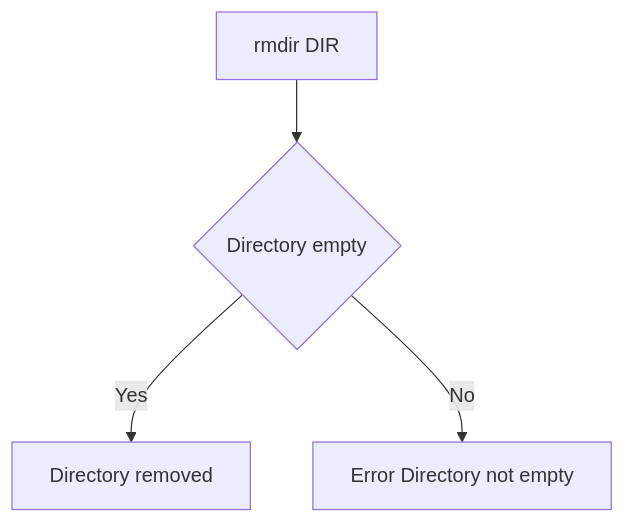
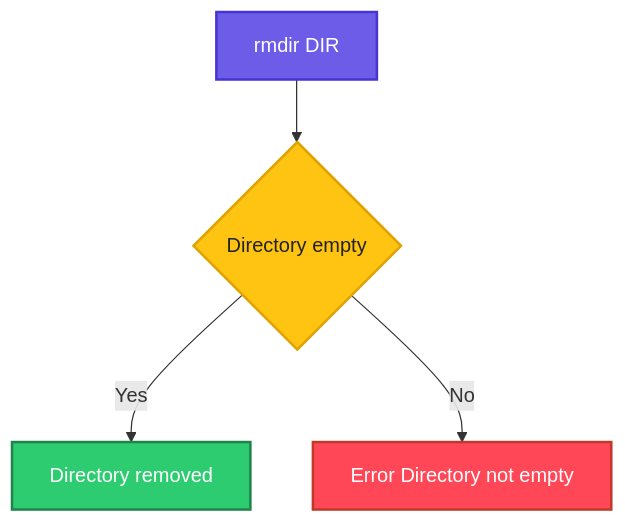
One commit to codeKerdosTech/DevOps-Documentation changed the diagram in linux/file-management/rmdir.md. Above: the diagram before and after it, drawn with Mermaid. The commit also changed 16 other files, not shown here.

````diff
--- a/linux/file-management/rmdir.md
+++ b/linux/file-management/rmdir.md
@@ -14,6 +14,17 @@
 ```mermaid
 flowchart TD
     A[rmdir DIR] --> B{Directory empty}
     B -->|Yes| C[Directory removed]
     B -->|No| D[Error Directory not empty]
+    classDef start fill:#6C5CE7,stroke:#4834D4,stroke-width:2px,color:#fff
+    classDef proc fill:#00B8D9,stroke:#0087A8,stroke-width:2px,color:#fff
+    classDef dec fill:#FFC312,stroke:#E1A100,stroke-width:2px,color:#222
+    classDef ok fill:#2ECC71,stroke:#1E8449,stroke-width:2px,color:#fff
+    classDef err fill:#FF4757,stroke:#C0392B,stroke-width:2px,color:#fff
+    classDef out fill:#FD79A8,stroke:#E84393,stroke-width:2px,color:#fff
+    classDef alt fill:#FF9F43,stroke:#E67E22,stroke-width:2px,color:#fff
+    class A start
+    class B dec
+    class C ok
+    class D err
 ```
````
